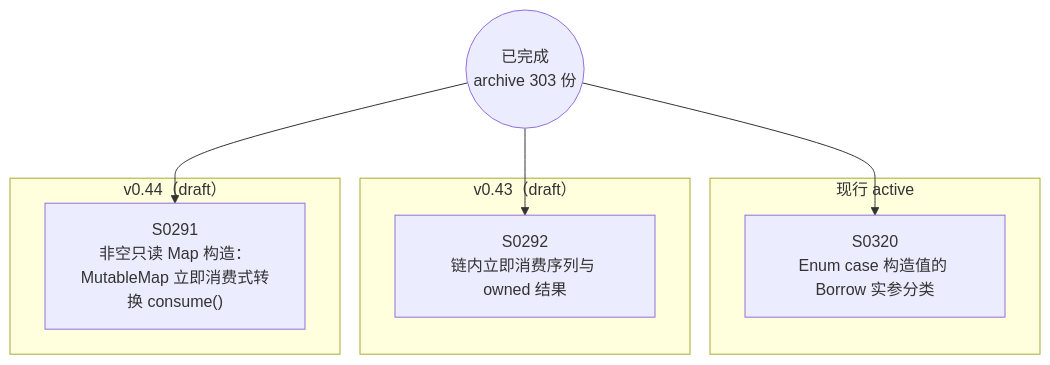
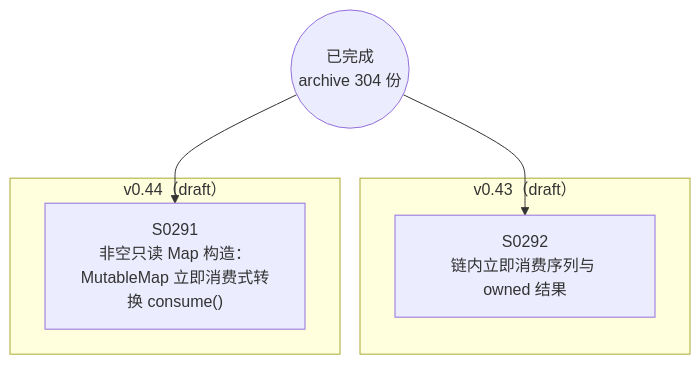
The diagram in docs/specs/dependency-graph.md (Halckon/Koven), drawn with Mermaid before and after one commit. The commit also changed other lines of this file and 9 other files, not shown here.

````diff
--- a/docs/specs/dependency-graph.md
+++ b/docs/specs/dependency-graph.md
@@ -9,16 +9,12 @@
 ```mermaid
 flowchart TD
-ARCH(("已完成<br/>archive 303 份"))
-subgraph Gactive["现行 active"]
-  S0320["S0320<br/>Enum case 构造值的 Borrow 实参分类"]
-end
+ARCH(("已完成<br/>archive 304 份"))
 subgraph Gdrafts_v043["v0.43（draft）"]
   S0292["S0292<br/>链内立即消费序列与 owned 结果"]
 end
 subgraph Gdrafts_v044["v0.44（draft）"]
   S0291["S0291<br/>非空只读 Map 构造：MutableMap 立即消费式转换 consume()"]
 end
 ARCH --> S0291
 ARCH --> S0292
-ARCH --> S0320
 ```
````
